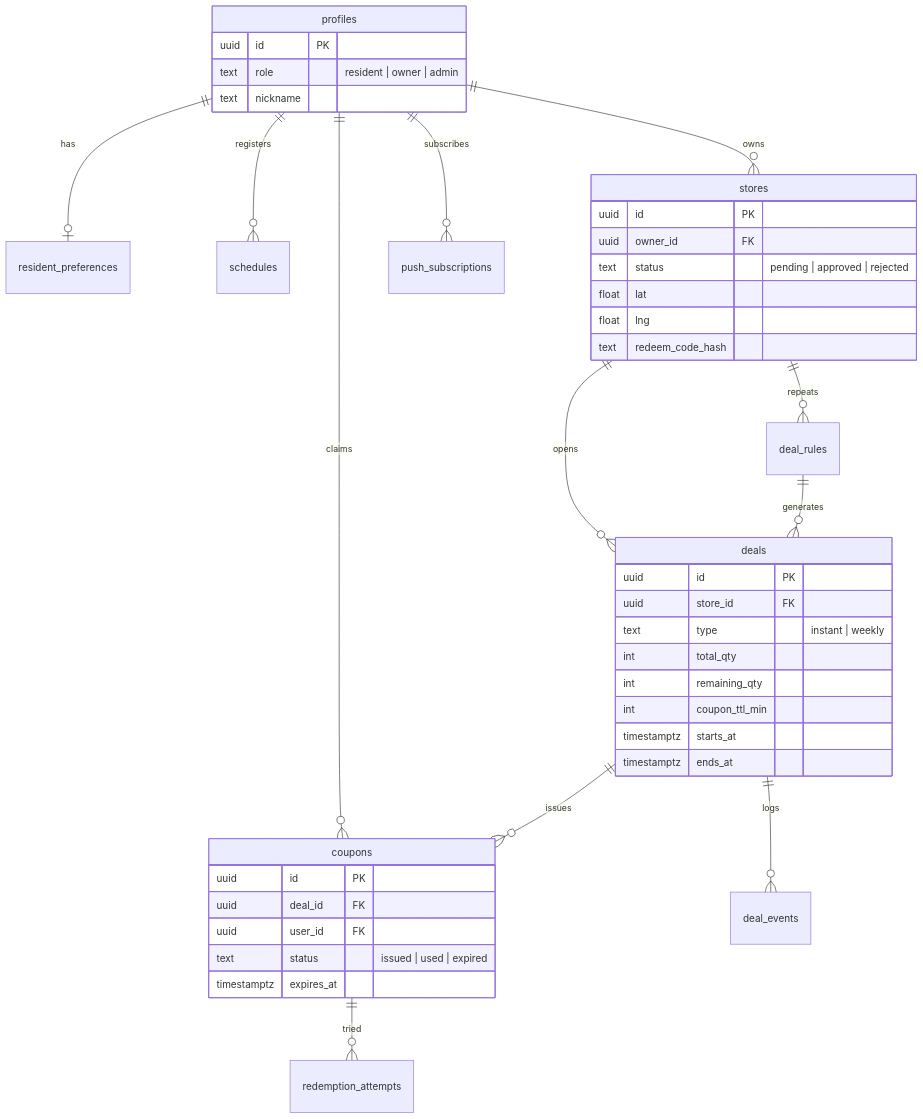
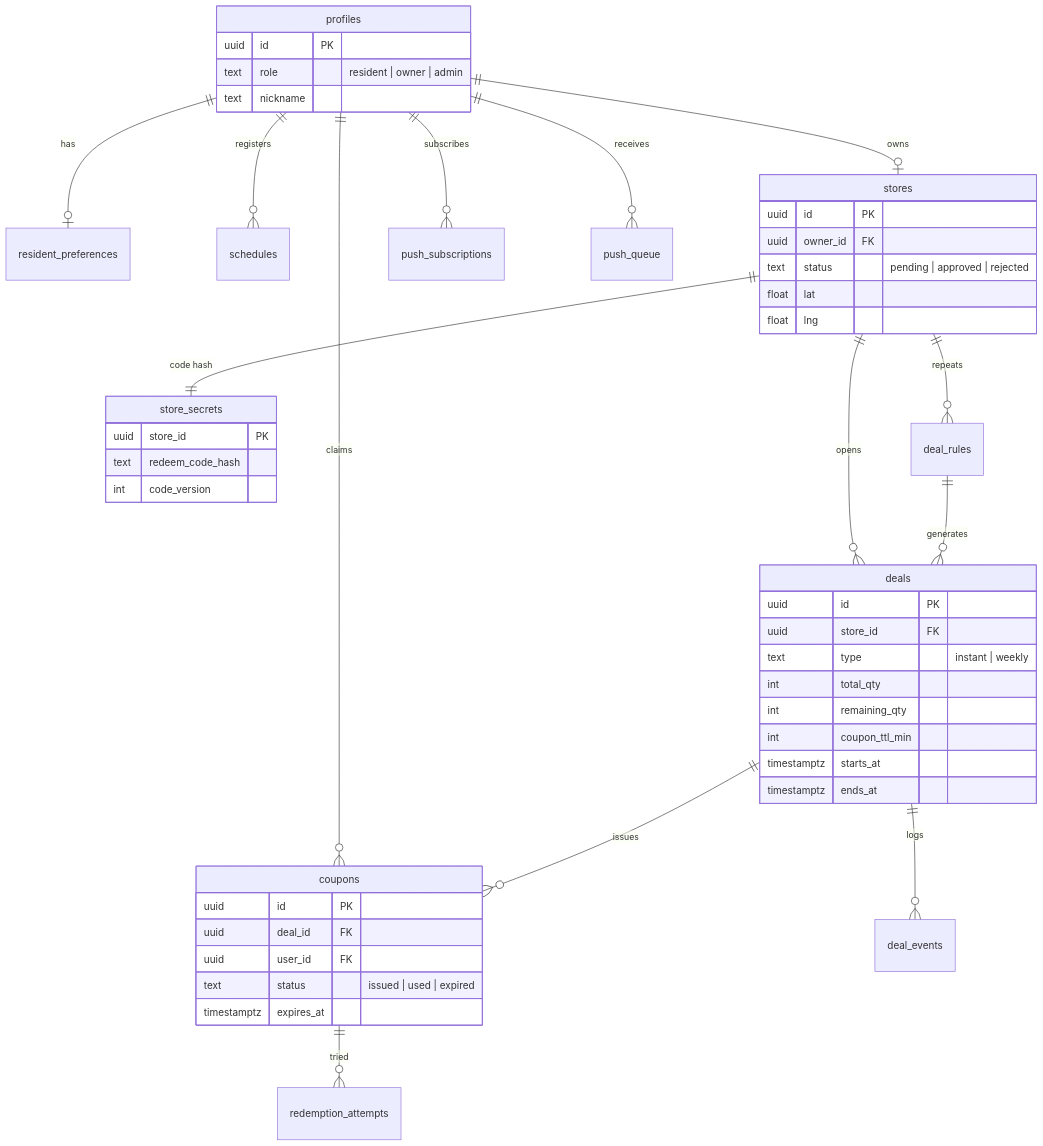
The third of 4 diagrams in README.md (2026-KW-HACKATHON/05_Last-pang), drawn with Mermaid before and after one commit. The commit also changed other lines of this file, not shown here.

````diff
--- a/README.md
+++ b/README.md
@@ -205,45 +205,51 @@
 ```mermaid
 erDiagram
   profiles ||--o| resident_preferences : has
   profiles ||--o{ schedules : registers
-  profiles ||--o{ stores : owns
+  profiles ||--o| stores : owns
   profiles ||--o{ coupons : claims
   profiles ||--o{ push_subscriptions : subscribes
+  profiles ||--o{ push_queue : receives
+  stores ||--|| store_secrets : "code hash"
   stores ||--o{ deals : opens
   stores ||--o{ deal_rules : repeats
   deal_rules ||--o{ deals : generates
   deals ||--o{ coupons : issues
   deals ||--o{ deal_events : logs
   coupons ||--o{ redemption_attempts : tried
 
   profiles {
     uuid id PK
     text role "resident | owner | admin"
     text nickname
   }
   stores {
     uuid id PK
     uuid owner_id FK
     text status "pending | approved | rejected"
     float lat
     float lng
+  }
+  store_secrets {
+    uuid store_id PK
     text redeem_code_hash
+    int code_version
   }
   deals {
     uuid id PK
     uuid store_id FK
     text type "instant | weekly"
     int total_qty
     int remaining_qty
     int coupon_ttl_min
     timestamptz starts_at
     timestamptz ends_at
   }
   coupons {
     uuid id PK
     uuid deal_id FK
     uuid user_id FK
     text status "issued | used | expired"
     timestamptz expires_at
   }
 ```
````
